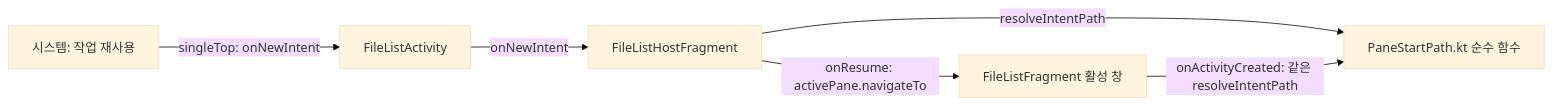
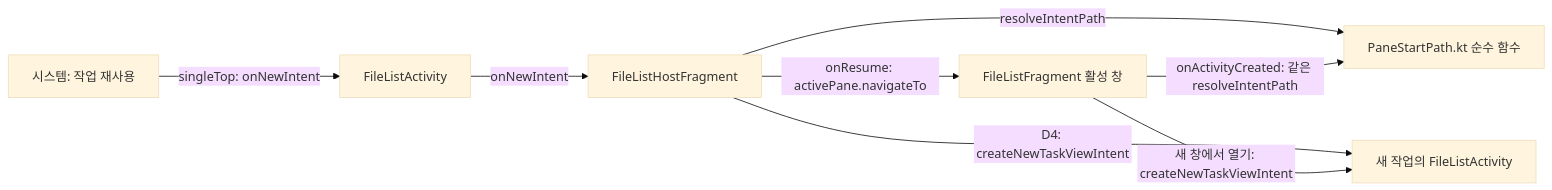
The diagram in docs/design/80-view-intent/HLD.md (curtana/MaterialFiles), drawn with Mermaid (base theme) before and after one commit. The commit also changed other lines of this file, not shown here.

First line of the commit message:
Design: Add PREVIOUS_IS_TOP new-task intent to #80 HLD after V0

````diff
--- a/docs/design/80-view-intent/HLD.md
+++ b/docs/design/80-view-intent/HLD.md
@@ -11,8 +11,10 @@
 ```mermaid
 flowchart LR
   OS[시스템: 작업 재사용] -->|singleTop: onNewIntent| A[FileListActivity]
   A -->|onNewIntent| H[FileListHostFragment]
   H -->|resolveIntentPath| P[PaneStartPath.kt 순수 함수]
   H -->|onResume: activePane.navigateTo| F[FileListFragment 활성 창]
+  H -->|D4: createNewTaskViewIntent| N[새 작업의 FileListActivity]
+  F -->|새 창에서 열기: createNewTaskViewIntent| N
   F -->|onActivityCreated: 같은 resolveIntentPath| P
 ```
````
